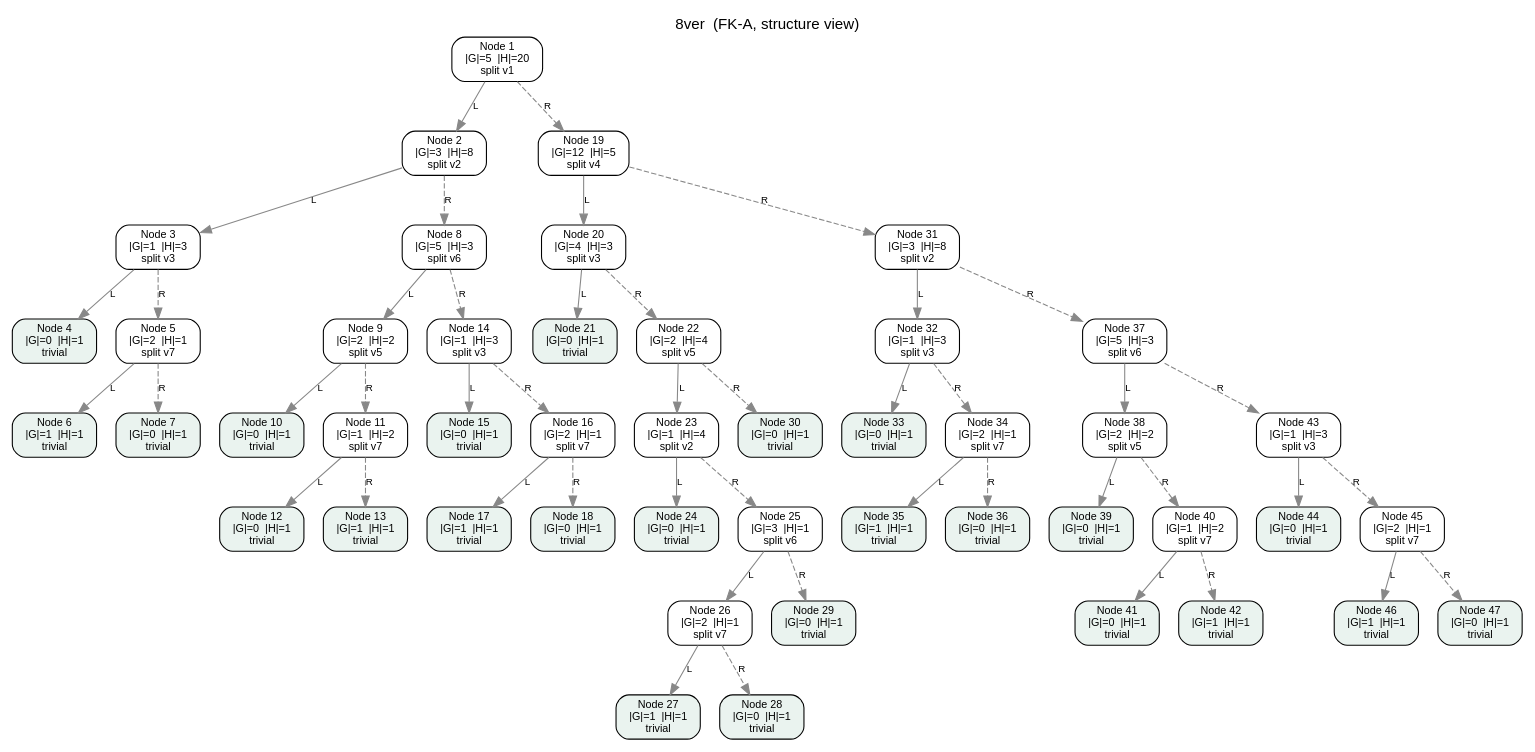
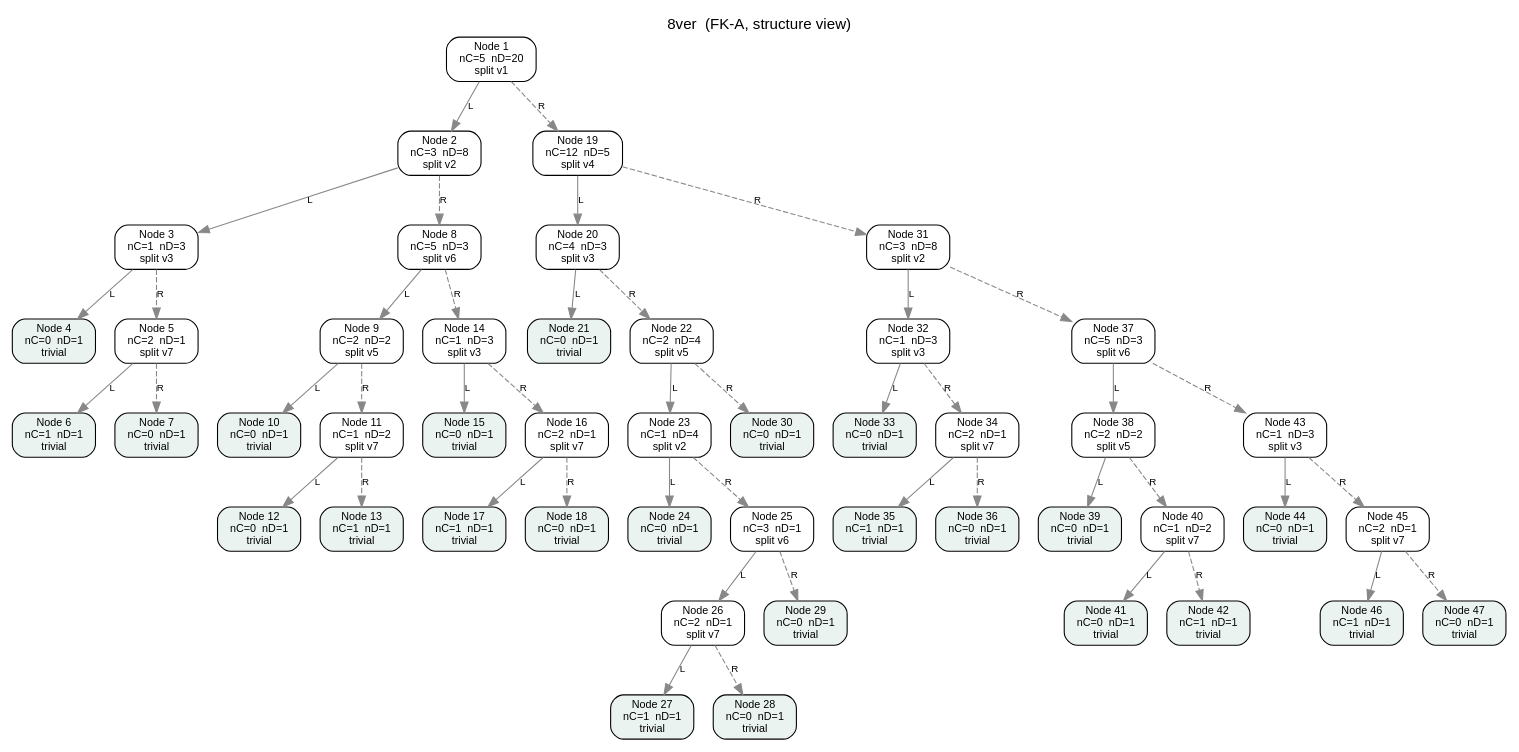
The diagram in results/8ver.fk-a.faithful.dot (symonyeal/Hypergraph-Dualization), drawn with Graphviz before and after one commit. The commit also changed 203 other files, not shown here.

```diff
--- a/results/8ver.fk-a.faithful.dot
+++ b/results/8ver.fk-a.faithful.dot
@@ -1,99 +1,99 @@
 digraph FKA {
   rankdir=TB;
   graph [fontname="Helvetica", labelloc="t", label="8ver  (FK-A, structure view)"];
   node [shape=box, style="rounded,filled", fillcolor="#ffffff", fontname="Helvetica", fontsize=10];
   edge [fontname="Helvetica", fontsize=9, color="#888888"];
-  n1 [label="Node 1\n|G|=5  |H|=20\nsplit v1", fillcolor="#ffffff"];
-  n2 [label="Node 2\n|G|=3  |H|=8\nsplit v2", fillcolor="#ffffff"];
-  n3 [label="Node 3\n|G|=1  |H|=3\nsplit v3", fillcolor="#ffffff"];
-  n4 [label="Node 4\n|G|=0  |H|=1\ntrivial", fillcolor="#eaf3ef"];
-  n5 [label="Node 5\n|G|=2  |H|=1\nsplit v7", fillcolor="#ffffff"];
-  n6 [label="Node 6\n|G|=1  |H|=1\ntrivial", fillcolor="#eaf3ef"];
-  n7 [label="Node 7\n|G|=0  |H|=1\ntrivial", fillcolor="#eaf3ef"];
-  n8 [label="Node 8\n|G|=5  |H|=3\nsplit v6", fillcolor="#ffffff"];
-  n9 [label="Node 9\n|G|=2  |H|=2\nsplit v5", fillcolor="#ffffff"];
-  n10 [label="Node 10\n|G|=0  |H|=1\ntrivial", fillcolor="#eaf3ef"];
-  n11 [label="Node 11\n|G|=1  |H|=2\nsplit v7", fillcolor="#ffffff"];
-  n12 [label="Node 12\n|G|=0  |H|=1\ntrivial", fillcolor="#eaf3ef"];
-  n13 [label="Node 13\n|G|=1  |H|=1\ntrivial", fillcolor="#eaf3ef"];
-  n14 [label="Node 14\n|G|=1  |H|=3\nsplit v3", fillcolor="#ffffff"];
-  n15 [label="Node 15\n|G|=0  |H|=1\ntrivial", fillcolor="#eaf3ef"];
-  n16 [label="Node 16\n|G|=2  |H|=1\nsplit v7", fillcolor="#ffffff"];
-  n17 [label="Node 17\n|G|=1  |H|=1\ntrivial", fillcolor="#eaf3ef"];
-  n18 [label="Node 18\n|G|=0  |H|=1\ntrivial", fillcolor="#eaf3ef"];
-  n19 [label="Node 19\n|G|=12  |H|=5\nsplit v4", fillcolor="#ffffff"];
-  n20 [label="Node 20\n|G|=4  |H|=3\nsplit v3", fillcolor="#ffffff"];
-  n21 [label="Node 21\n|G|=0  |H|=1\ntrivial", fillcolor="#eaf3ef"];
-  n22 [label="Node 22\n|G|=2  |H|=4\nsplit v5", fillcolor="#ffffff"];
-  n23 [label="Node 23\n|G|=1  |H|=4\nsplit v2", fillcolor="#ffffff"];
-  n24 [label="Node 24\n|G|=0  |H|=1\ntrivial", fillcolor="#eaf3ef"];
-  n25 [label="Node 25\n|G|=3  |H|=1\nsplit v6", fillcolor="#ffffff"];
-  n26 [label="Node 26\n|G|=2  |H|=1\nsplit v7", fillcolor="#ffffff"];
-  n27 [label="Node 27\n|G|=1  |H|=1\ntrivial", fillcolor="#eaf3ef"];
-  n28 [label="Node 28\n|G|=0  |H|=1\ntrivial", fillcolor="#eaf3ef"];
-  n29 [label="Node 29\n|G|=0  |H|=1\ntrivial", fillcolor="#eaf3ef"];
-  n30 [label="Node 30\n|G|=0  |H|=1\ntrivial", fillcolor="#eaf3ef"];
-  n31 [label="Node 31\n|G|=3  |H|=8\nsplit v2", fillcolor="#ffffff"];
-  n32 [label="Node 32\n|G|=1  |H|=3\nsplit v3", fillcolor="#ffffff"];
-  n33 [label="Node 33\n|G|=0  |H|=1\ntrivial", fillcolor="#eaf3ef"];
-  n34 [label="Node 34\n|G|=2  |H|=1\nsplit v7", fillcolor="#ffffff"];
-  n35 [label="Node 35\n|G|=1  |H|=1\ntrivial", fillcolor="#eaf3ef"];
-  n36 [label="Node 36\n|G|=0  |H|=1\ntrivial", fillcolor="#eaf3ef"];
-  n37 [label="Node 37\n|G|=5  |H|=3\nsplit v6", fillcolor="#ffffff"];
-  n38 [label="Node 38\n|G|=2  |H|=2\nsplit v5", fillcolor="#ffffff"];
-  n39 [label="Node 39\n|G|=0  |H|=1\ntrivial", fillcolor="#eaf3ef"];
-  n40 [label="Node 40\n|G|=1  |H|=2\nsplit v7", fillcolor="#ffffff"];
-  n41 [label="Node 41\n|G|=0  |H|=1\ntrivial", fillcolor="#eaf3ef"];
-  n42 [label="Node 42\n|G|=1  |H|=1\ntrivial", fillcolor="#eaf3ef"];
-  n43 [label="Node 43\n|G|=1  |H|=3\nsplit v3", fillcolor="#ffffff"];
-  n44 [label="Node 44\n|G|=0  |H|=1\ntrivial", fillcolor="#eaf3ef"];
-  n45 [label="Node 45\n|G|=2  |H|=1\nsplit v7", fillcolor="#ffffff"];
-  n46 [label="Node 46\n|G|=1  |H|=1\ntrivial", fillcolor="#eaf3ef"];
-  n47 [label="Node 47\n|G|=0  |H|=1\ntrivial", fillcolor="#eaf3ef"];
+  n1 [label="Node 1\nnC=5  nD=20\nsplit v1", fillcolor="#ffffff"];
+  n2 [label="Node 2\nnC=3  nD=8\nsplit v2", fillcolor="#ffffff"];
+  n3 [label="Node 3\nnC=1  nD=3\nsplit v3", fillcolor="#ffffff"];
+  n4 [label="Node 4\nnC=0  nD=1\ntrivial", fillcolor="#eaf3ef"];
+  n5 [label="Node 5\nnC=2  nD=1\nsplit v7", fillcolor="#ffffff"];
+  n6 [label="Node 6\nnC=1  nD=1\ntrivial", fillcolor="#eaf3ef"];
+  n7 [label="Node 7\nnC=0  nD=1\ntrivial", fillcolor="#eaf3ef"];
+  n8 [label="Node 8\nnC=5  nD=3\nsplit v6", fillcolor="#ffffff"];
+  n9 [label="Node 9\nnC=2  nD=2\nsplit v5", fillcolor="#ffffff"];
+  n10 [label="Node 10\nnC=0  nD=1\ntrivial", fillcolor="#eaf3ef"];
+  n11 [label="Node 11\nnC=1  nD=2\nsplit v7", fillcolor="#ffffff"];
+  n12 [label="Node 12\nnC=0  nD=1\ntrivial", fillcolor="#eaf3ef"];
+  n13 [label="Node 13\nnC=1  nD=1\ntrivial", fillcolor="#eaf3ef"];
+  n14 [label="Node 14\nnC=1  nD=3\nsplit v3", fillcolor="#ffffff"];
+  n15 [label="Node 15\nnC=0  nD=1\ntrivial", fillcolor="#eaf3ef"];
+  n16 [label="Node 16\nnC=2  nD=1\nsplit v7", fillcolor="#ffffff"];
+  n17 [label="Node 17\nnC=1  nD=1\ntrivial", fillcolor="#eaf3ef"];
+  n18 [label="Node 18\nnC=0  nD=1\ntrivial", fillcolor="#eaf3ef"];
+  n19 [label="Node 19\nnC=12  nD=5\nsplit v4", fillcolor="#ffffff"];
+  n20 [label="Node 20\nnC=4  nD=3\nsplit v3", fillcolor="#ffffff"];
+  n21 [label="Node 21\nnC=0  nD=1\ntrivial", fillcolor="#eaf3ef"];
+  n22 [label="Node 22\nnC=2  nD=4\nsplit v5", fillcolor="#ffffff"];
+  n23 [label="Node 23\nnC=1  nD=4\nsplit v2", fillcolor="#ffffff"];
+  n24 [label="Node 24\nnC=0  nD=1\ntrivial", fillcolor="#eaf3ef"];
+  n25 [label="Node 25\nnC=3  nD=1\nsplit v6", fillcolor="#ffffff"];
+  n26 [label="Node 26\nnC=2  nD=1\nsplit v7", fillcolor="#ffffff"];
+  n27 [label="Node 27\nnC=1  nD=1\ntrivial", fillcolor="#eaf3ef"];
+  n28 [label="Node 28\nnC=0  nD=1\ntrivial", fillcolor="#eaf3ef"];
+  n29 [label="Node 29\nnC=0  nD=1\ntrivial", fillcolor="#eaf3ef"];
+  n30 [label="Node 30\nnC=0  nD=1\ntrivial", fillcolor="#eaf3ef"];
+  n31 [label="Node 31\nnC=3  nD=8\nsplit v2", fillcolor="#ffffff"];
+  n32 [label="Node 32\nnC=1  nD=3\nsplit v3", fillcolor="#ffffff"];
+  n33 [label="Node 33\nnC=0  nD=1\ntrivial", fillcolor="#eaf3ef"];
+  n34 [label="Node 34\nnC=2  nD=1\nsplit v7", fillcolor="#ffffff"];
+  n35 [label="Node 35\nnC=1  nD=1\ntrivial", fillcolor="#eaf3ef"];
+  n36 [label="Node 36\nnC=0  nD=1\ntrivial", fillcolor="#eaf3ef"];
+  n37 [label="Node 37\nnC=5  nD=3\nsplit v6", fillcolor="#ffffff"];
+  n38 [label="Node 38\nnC=2  nD=2\nsplit v5", fillcolor="#ffffff"];
+  n39 [label="Node 39\nnC=0  nD=1\ntrivial", fillcolor="#eaf3ef"];
+  n40 [label="Node 40\nnC=1  nD=2\nsplit v7", fillcolor="#ffffff"];
+  n41 [label="Node 41\nnC=0  nD=1\ntrivial", fillcolor="#eaf3ef"];
+  n42 [label="Node 42\nnC=1  nD=1\ntrivial", fillcolor="#eaf3ef"];
+  n43 [label="Node 43\nnC=1  nD=3\nsplit v3", fillcolor="#ffffff"];
+  n44 [label="Node 44\nnC=0  nD=1\ntrivial", fillcolor="#eaf3ef"];
+  n45 [label="Node 45\nnC=2  nD=1\nsplit v7", fillcolor="#ffffff"];
+  n46 [label="Node 46\nnC=1  nD=1\ntrivial", fillcolor="#eaf3ef"];
+  n47 [label="Node 47\nnC=0  nD=1\ntrivial", fillcolor="#eaf3ef"];
   n1 -> n2 [label="L", style=solid];
   n1 -> n19 [label="R", style=dashed];
   n2 -> n3 [label="L", style=solid];
   n2 -> n8 [label="R", style=dashed];
   n3 -> n4 [label="L", style=solid];
   n3 -> n5 [label="R", style=dashed];
   n5 -> n6 [label="L", style=solid];
   n5 -> n7 [label="R", style=dashed];
   n8 -> n9 [label="L", style=solid];
   n8 -> n14 [label="R", style=dashed];
   n9 -> n10 [label="L", style=solid];
   n9 -> n11 [label="R", style=dashed];
   n11 -> n12 [label="L", style=solid];
   n11 -> n13 [label="R", style=dashed];
   n14 -> n15 [label="L", style=solid];
   n14 -> n16 [label="R", style=dashed];
   n16 -> n17 [label="L", style=solid];
   n16 -> n18 [label="R", style=dashed];
   n19 -> n20 [label="L", style=solid];
   n19 -> n31 [label="R", style=dashed];
   n20 -> n21 [label="L", style=solid];
   n20 -> n22 [label="R", style=dashed];
   n22 -> n23 [label="L", style=solid];
   n22 -> n30 [label="R", style=dashed];
   n23 -> n24 [label="L", style=solid];
   n23 -> n25 [label="R", style=dashed];
   n25 -> n26 [label="L", style=solid];
   n25 -> n29 [label="R", style=dashed];
   n26 -> n27 [label="L", style=solid];
   n26 -> n28 [label="R", style=dashed];
   n31 -> n32 [label="L", style=solid];
   n31 -> n37 [label="R", style=dashed];
   n32 -> n33 [label="L", style=solid];
   n32 -> n34 [label="R", style=dashed];
   n34 -> n35 [label="L", style=solid];
   n34 -> n36 [label="R", style=dashed];
   n37 -> n38 [label="L", style=solid];
   n37 -> n43 [label="R", style=dashed];
   n38 -> n39 [label="L", style=solid];
   n38 -> n40 [label="R", style=dashed];
   n40 -> n41 [label="L", style=solid];
   n40 -> n42 [label="R", style=dashed];
   n43 -> n44 [label="L", style=solid];
   n43 -> n45 [label="R", style=dashed];
   n45 -> n46 [label="L", style=solid];
   n45 -> n47 [label="R", style=dashed];
 }
```
